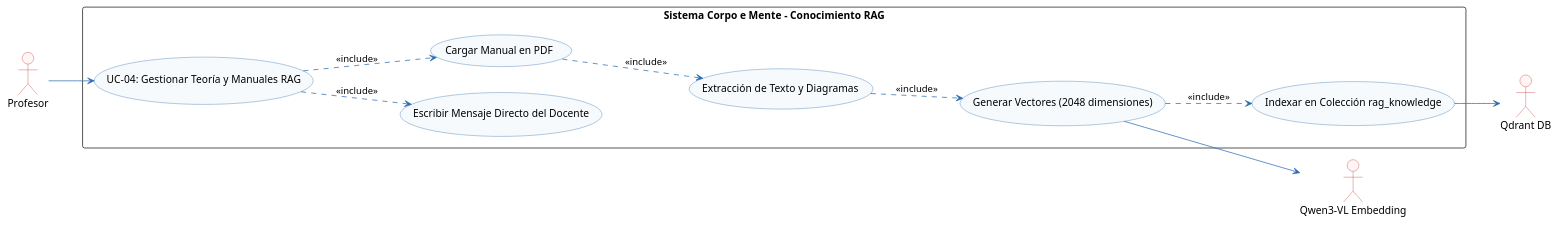
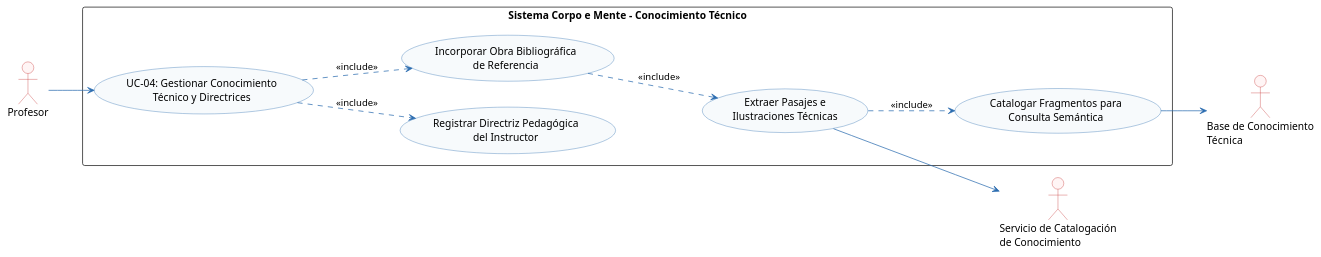
Diagram 14 of 37 in docs/ProyectoGrado.md (Tsmrain/JiuJitsu), drawn with PlantUML before and after one commit. The commit also changed other lines of this file and 17 other files, not shown here.

````diff
--- a/docs/ProyectoGrado.md
+++ b/docs/ProyectoGrado.md
@@ -1905,47 +1844,41 @@
 ```plantuml
 @startuml
 left to right direction
-
 skinparam shadowing false
 skinparam monochrome false
 skinparam defaultFontName Arial
 skinparam roundcorner 6
 skinparam ArrowColor #2B6CB0
 skinparam ActorBorderColor #C53030
 skinparam ActorBackgroundColor #FFF5F5
 skinparam BoundaryBorderColor #2B6CB0
 skinparam BoundaryBackgroundColor #EBF8FF
 skinparam ControlBorderColor #2F855A
 skinparam ControlBackgroundColor #F0FFF4
 skinparam EntityBorderColor #D69E2E
 skinparam EntityBackgroundColor #FFFFF0
-skinparam DatabaseBorderColor #4A5568
-skinparam DatabaseBackgroundColor #EDF2F7
 skinparam UsecaseBorderColor #2B6CB0
 skinparam UsecaseBackgroundColor #F7FAFC
 
+actor "Profesor" as PR
+actor "Servicio de Catalogación\nde Conocimiento" as SCC
+actor "Base de Conocimiento\nTécnica" as BCT
 
-actor "Profesor" as PR
-actor "Qwen3-VL Embedding" as QWEN_EMB
-actor "Qdrant DB" as QDRANT
-
-rectangle "Sistema Corpo e Mente - Conocimiento RAG" {
-    usecase "UC-04: Gestionar Teoría y Manuales RAG" as UC04
-    usecase "Escribir Mensaje Directo del Docente" as UC04_Msg
-    usecase "Cargar Manual en PDF" as UC04_PDF
-    usecase "Extracción de Texto y Diagramas" as UC04_Extract
-    usecase "Generar Vectores (2048 dimensiones)" as UC04_Emb
-    usecase "Indexar en Colección rag_knowledge" as UC04_Store
+rectangle "Sistema Corpo e Mente - Conocimiento Técnico" {
+    usecase "UC-04: Gestionar Conocimiento\nTécnico y Directrices" as UC04
+    usecase "Registrar Directriz Pedagógica\ndel Instructor" as UC04_Msg
+    usecase "Incorporar Obra Bibliográfica\nde Referencia" as UC04_Doc
+    usecase "Extraer Pasajes e\nIlustraciones Técnicas" as UC04_Ext
+    usecase "Catalogar Fragmentos para\nConsulta Semántica" as UC04_Cat
 }
 
 PR --> UC04
 UC04 ..> UC04_Msg : <<include>>
-UC04 ..> UC04_PDF : <<include>>
-UC04_PDF ..> UC04_Extract : <<include>>
-UC04_Extract ..> UC04_Emb : <<include>>
-UC04_Emb ..> UC04_Store : <<include>>
+UC04 ..> UC04_Doc : <<include>>
+UC04_Doc ..> UC04_Ext : <<include>>
+UC04_Ext ..> UC04_Cat : <<include>>
 
-UC04_Emb --> QWEN_EMB
-UC04_Store --> QDRANT
+UC04_Ext --> SCC
+UC04_Cat --> BCT
 @enduml
 ```
````
